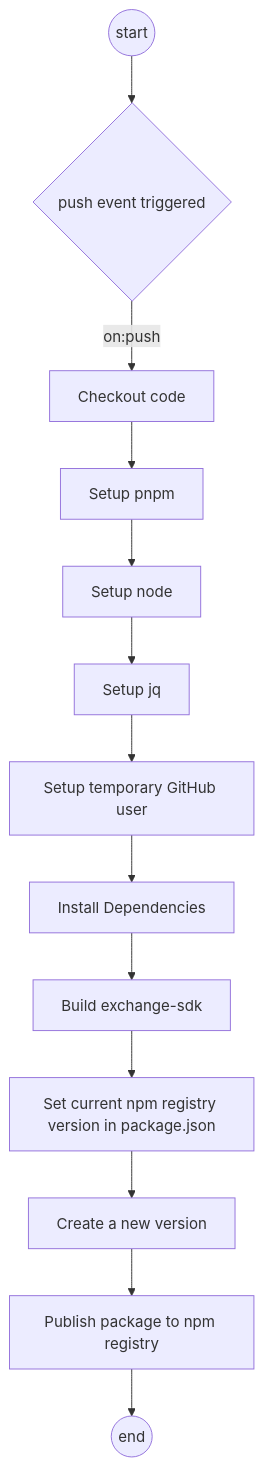
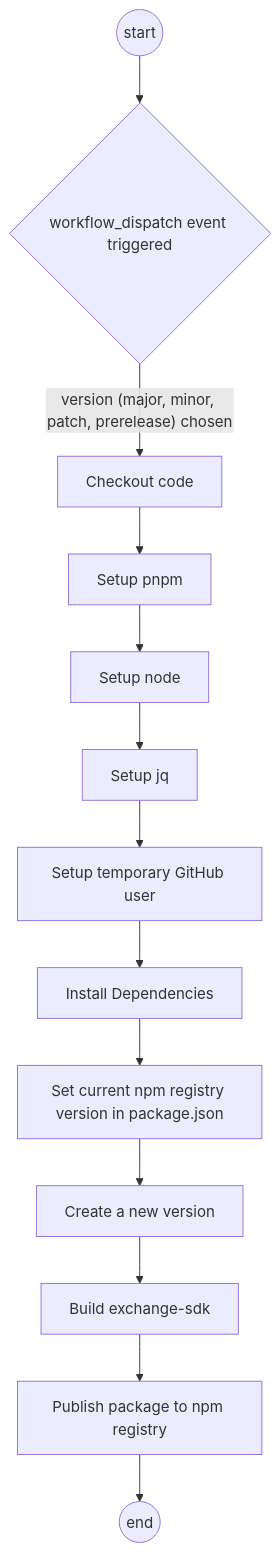
Before and after one commit to LedgerHQ/exchange-sdk: the diagram in .github/workflows/README.md, drawn with Mermaid. The commit also changed 4 other files, not shown here.

````diff
--- a/.github/workflows/README.md
+++ b/.github/workflows/README.md
@@ -3,18 +3,16 @@
 ```mermaid
 graph TB
-
-     A((start)) --> B{push event triggered}
+     A((start)) --> B{workflow_dispatch event triggered}
      
-     B -- on:push --> C[Checkout code]
+     B -- "version (major, minor, patch, prerelease) chosen" --> C[Checkout code]
      C --> D[Setup pnpm]
      D --> E[Setup node]
      E --> F[Setup jq]
      F --> G[Setup temporary GitHub user]
      G --> H[Install Dependencies]
-     H --> I[Build exchange-sdk]
-     I --> J[Set current npm registry version in package.json]
-     J --> K[Create a new version]
+     H --> I[Set current npm registry version in package.json]
+     I --> J[Create a new version]
+     J --> K[Build exchange-sdk]
      K --> L[Publish package to npm registry]
      L --> M((end))
-     
 ```
````
